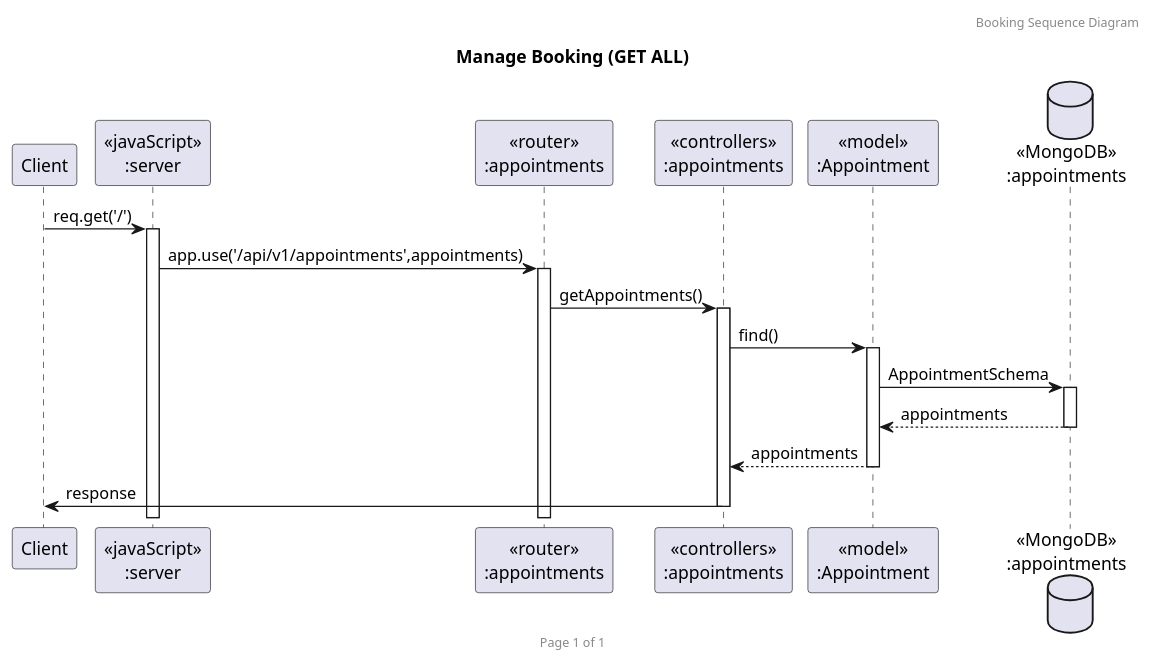
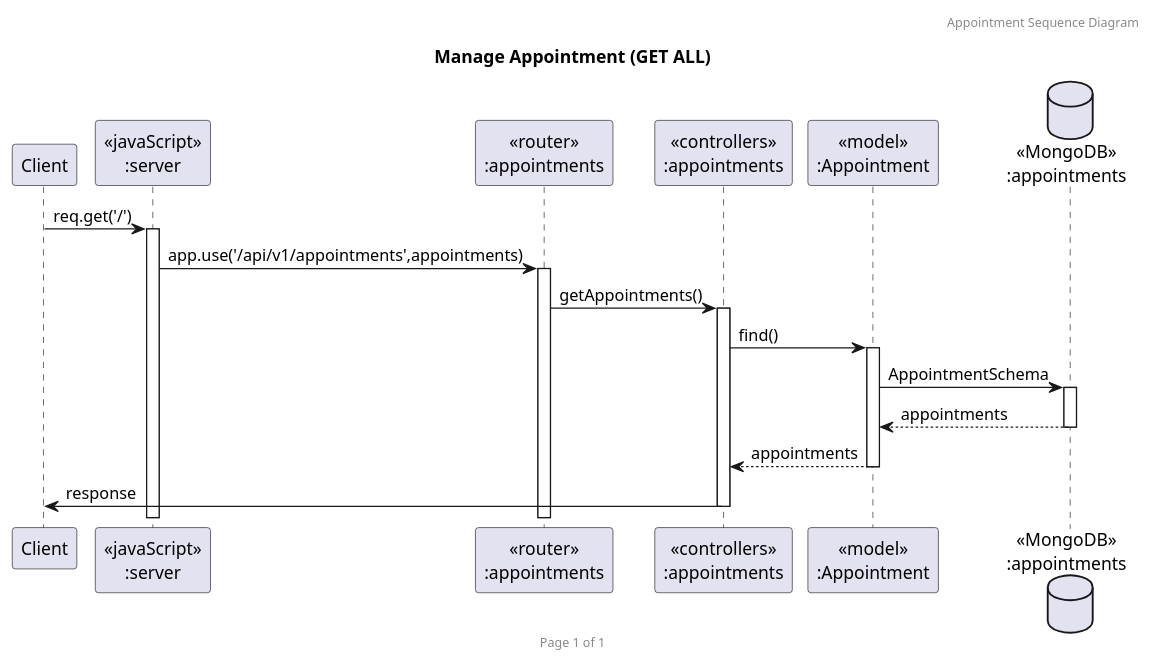
One commit to 2110503TACEDT66/presentation-day-1-privacy changed the diagram in SequenceDiagram/apptgetall.puml. Above: the diagram before and after it, drawn with PlantUML. The commit also changed 10 other files, not shown here.

```diff
--- a/SequenceDiagram/apptgetall.puml
+++ b/SequenceDiagram/apptgetall.puml
@@ -1,23 +1,23 @@
-@startuml Manage Booking (GET ALL)
+@startuml Manage Appointment (GET ALL)
 
-header Booking Sequence Diagram
+header Appointment Sequence Diagram
 footer Page %page% of %lastpage%
-title "Manage Booking (GET ALL)"
+title "Manage Appointment (GET ALL)"
 
 participant "Client" as client
 participant "<<javaScript>>\n:server" as server
 participant "<<router>>\n:appointments" as routerAppointments
 participant "<<controllers>>\n:appointments" as controllersAppointments
 participant "<<model>>\n:Appointment" as modelAppointments
 database "<<MongoDB>>\n:appointments" as AppointmentsDatabase
 
 client->server ++:req.get('/')
 server->routerAppointments ++:app.use('/api/v1/appointments',appointments)
 routerAppointments -> controllersAppointments ++:getAppointments()
 controllersAppointments->modelAppointments ++:find()
 modelAppointments ->AppointmentsDatabase ++:AppointmentSchema
 AppointmentsDatabase --> modelAppointments --:appointments
 controllersAppointments <-- modelAppointments --:appointments
 controllersAppointments->client --:response
 
 @enduml
```
